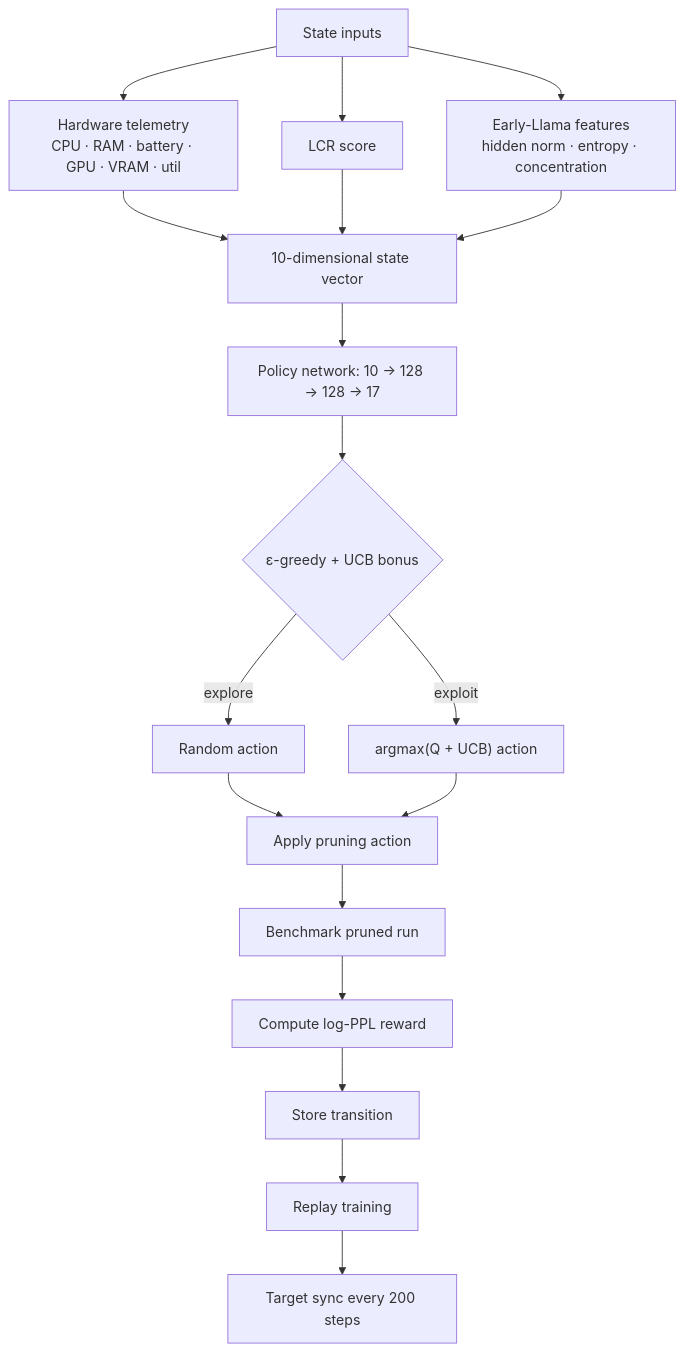
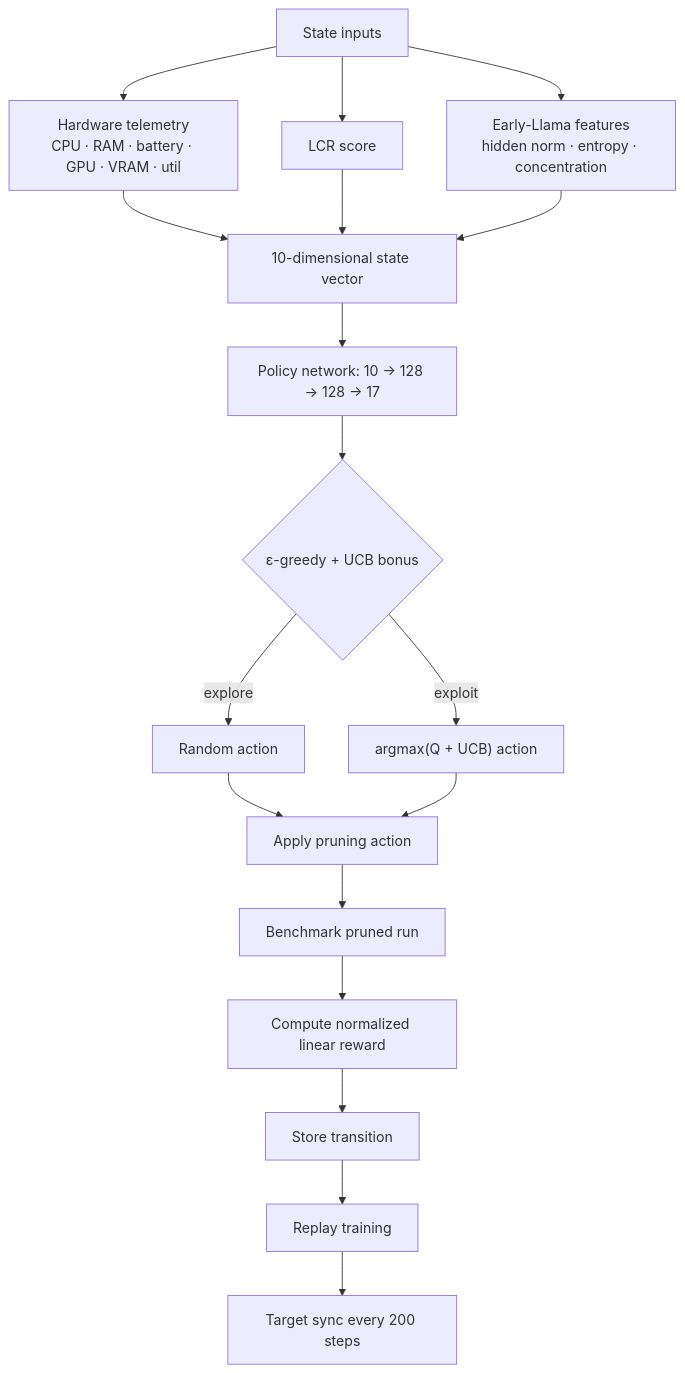
One commit to asief-iqbal/Thesis changed diagram 11 of 15 in README.md. Above: the diagram before and after it, drawn with Mermaid. The commit also changed other lines of this file and 37 other files, not shown here.

Commit message:
Replace log-PPL reward with normalized linear PPL ratio [-1,1], fix LaTeX rendering, simplify importance scoring explanation

````diff
--- a/README.md
+++ b/README.md
@@ -1339,20 +1354,20 @@
 ```mermaid
 flowchart TD
     A[State inputs] --> B["Hardware telemetry<br/>CPU · RAM · battery · GPU · VRAM · util"]
     A --> C[LCR score]
     A --> D["Early-Llama features<br/>hidden norm · entropy · concentration"]
     B --> E["10-dimensional state vector"]
     C --> E
     D --> E
     E --> F["Policy network: 10 → 128 → 128 → 17"]
     F --> G{"ε-greedy + UCB bonus"}
     G -->|explore| H[Random action]
     G -->|exploit| I["argmax(Q + UCB) action"]
     H --> J[Apply pruning action]
     I --> J
     J --> K[Benchmark pruned run]
-    K --> L[Compute log-PPL reward]
+    K --> L[Compute normalized linear reward]
     L --> M[Store transition]
     M --> N[Replay training]
     N --> O[Target sync every 200 steps]
 ```
````
